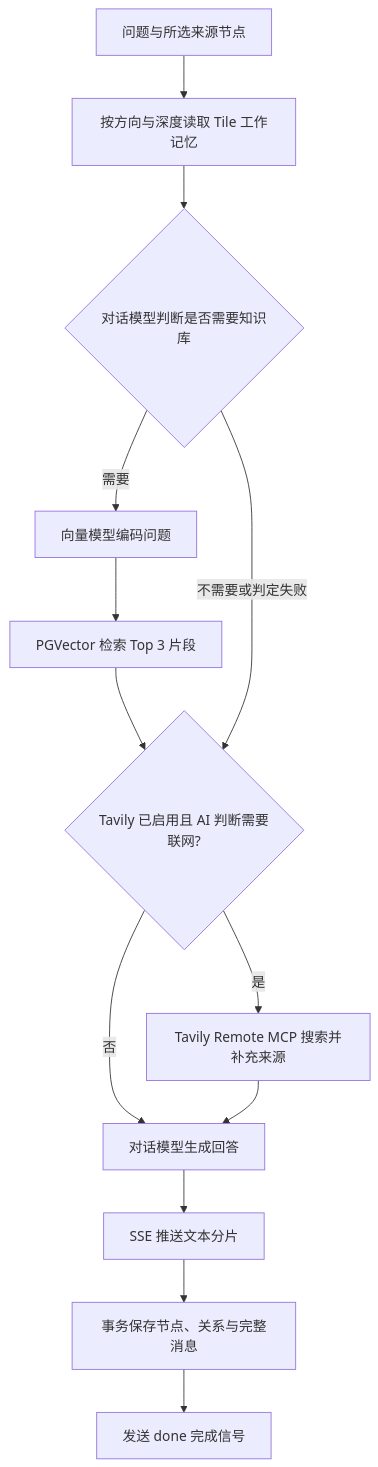
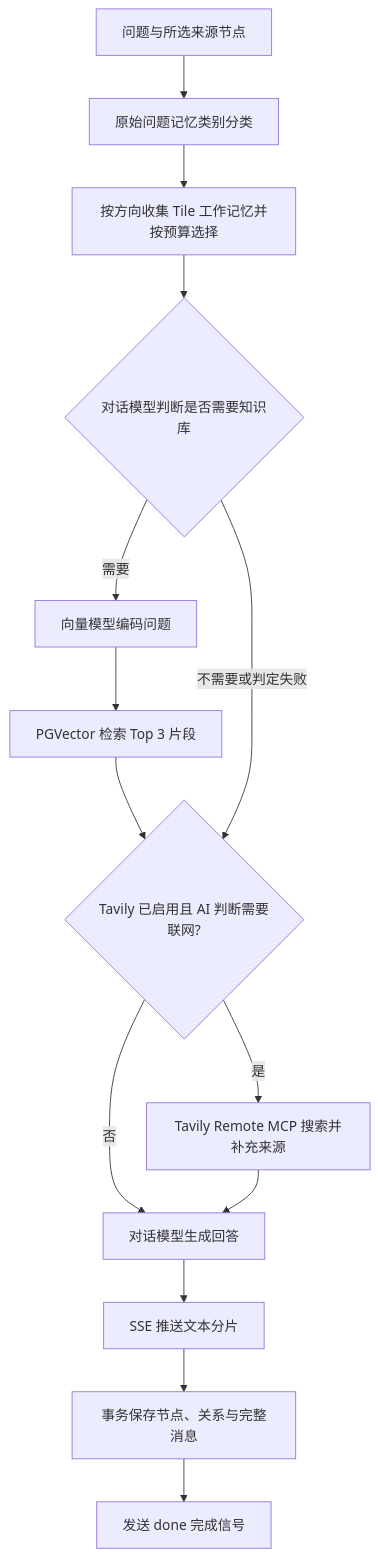
The diagram in README.md (Franktan060414/aureli-context-graph), drawn with Mermaid before and after one commit. The commit also changed other lines of this file and 31 other files, not shown here.

Commit message:
feat: add budgeted graph memory and internal question categories

````diff
--- a/README.md
+++ b/README.md
@@ -67,15 +83,16 @@
 ```mermaid
 flowchart TD
-    A[问题与所选来源节点] --> B[按方向与深度读取 Tile 工作记忆]
+    A[问题与所选来源节点] --> M[原始问题记忆类别分类]
+    M --> B[按方向收集 Tile 工作记忆并按预算选择]
     B --> C{对话模型判断是否需要知识库}
     C -- 需要 --> D[向量模型编码问题]
     D --> E[PGVector 检索 Top 3 片段]
     E --> W{Tavily 已启用且 AI 判断需要联网?}
     C -- 不需要或判定失败 --> W
     W -- 是 --> X[Tavily Remote MCP 搜索并补充来源]
     W -- 否 --> F[对话模型生成回答]
     X --> F
     F --> G[SSE 推送文本分片]
     G --> H[事务保存节点、关系与完整消息]
     H --> I[发送 done 完成信号]
 ```
````
